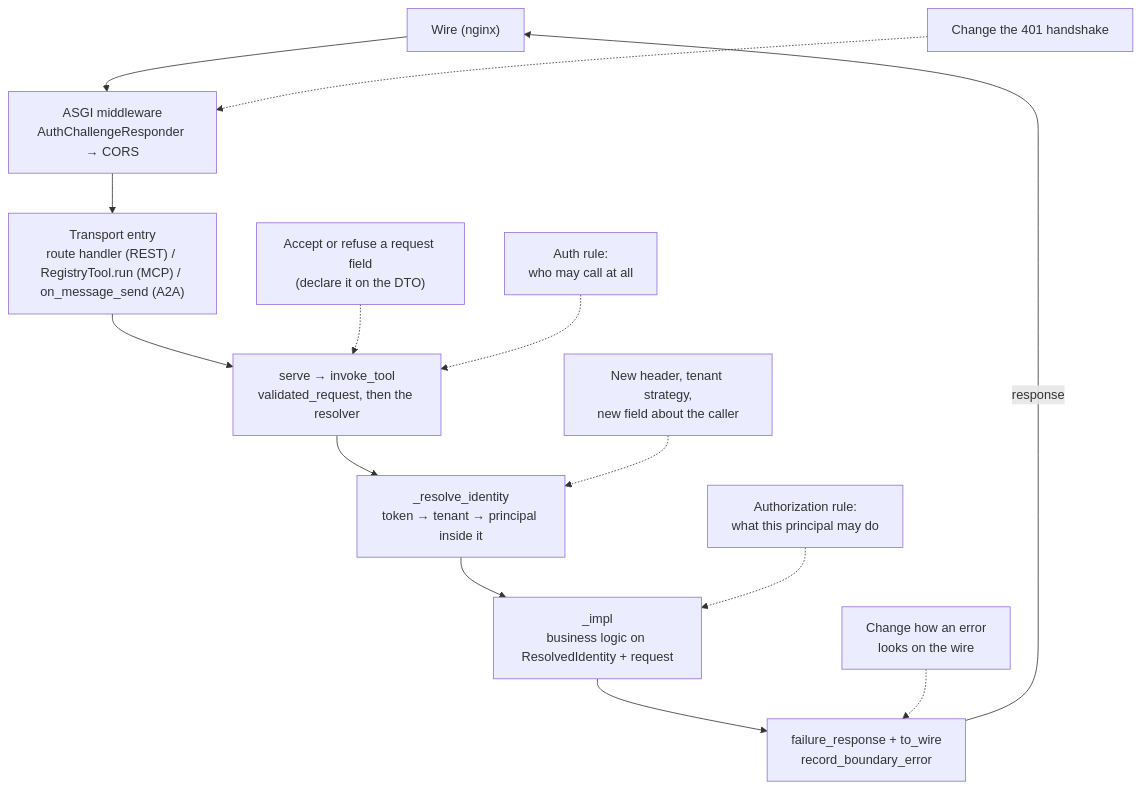
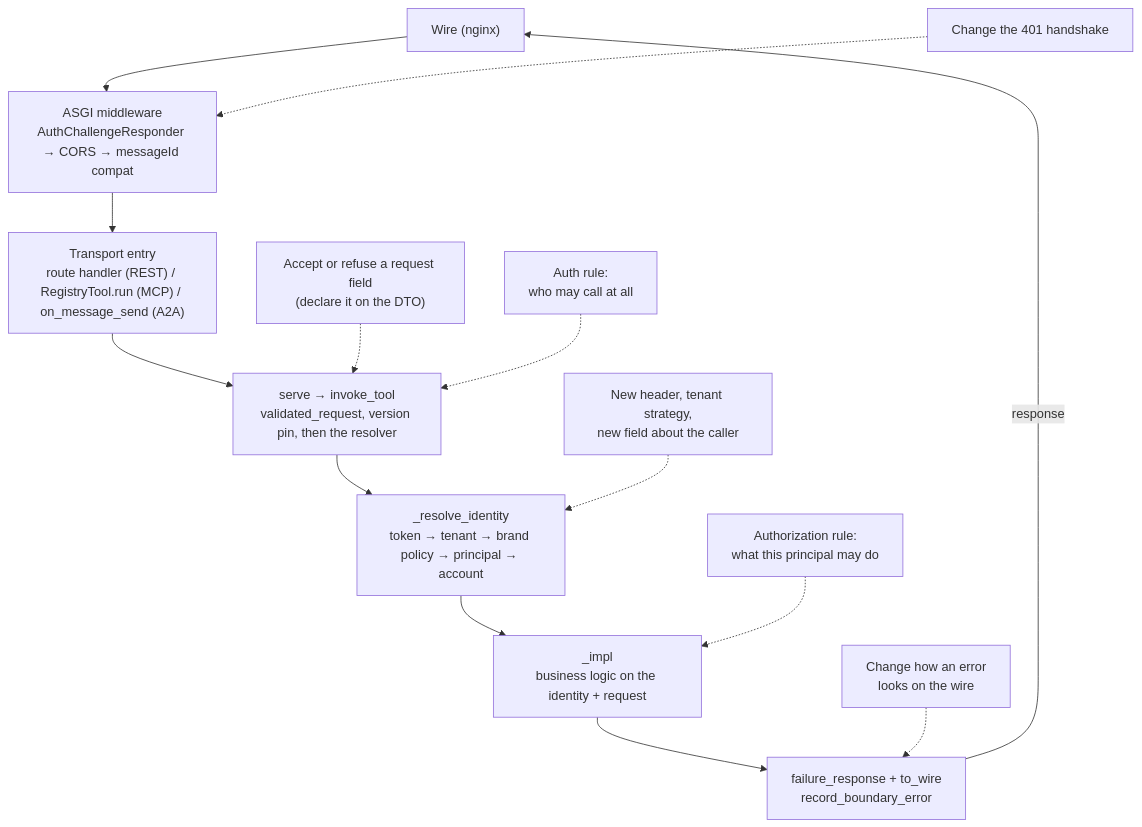
The fourth of 4 diagrams in docs/development/request-lifecycle.md (KonstantinMirin/prebid-salesagent), drawn with Mermaid before and after one commit. The commit also changed other lines of this file and 43 other files, not shown here.

First line of the commit message:
docs: rewrite the design documentation for the boundary architecture

````diff
--- a/docs/development/request-lifecycle.md
+++ b/docs/development/request-lifecycle.md
@@ -299,17 +672,17 @@
 ```mermaid
 flowchart TD
-    wire["Wire (nginx)"] --> mw["ASGI middleware\nAuthChallengeResponder → CORS"]
+    wire["Wire (nginx)"] --> mw["ASGI middleware\nAuthChallengeResponder → CORS → messageId compat"]
     mw --> transport["Transport entry\nroute handler (REST) / RegistryTool.run (MCP) / on_message_send (A2A)"]
-    transport --> boundary["serve → invoke_tool\nvalidated_request, then the resolver"]
-    boundary --> ident["_resolve_identity\ntoken → tenant → principal inside it"]
-    ident --> impl["_impl\nbusiness logic on ResolvedIdentity + request"]
+    transport --> boundary["serve → invoke_tool\nvalidated_request, version pin, then the resolver"]
+    boundary --> ident["_resolve_identity\ntoken → tenant → brand policy → principal → account"]
+    ident --> impl["_impl\nbusiness logic on the identity + request"]
     impl --> out["failure_response + to_wire\nrecord_boundary_error"]
     out -->|"response"| wire
 
     i1["Change the 401 handshake"] -.-> mw
     i2["Accept or refuse a request field\n(declare it on the DTO)"] -.-> boundary
     i3["Auth rule:\nwho may call at all"] -.-> boundary
     i4["New header, tenant strategy,\nnew field about the caller"] -.-> ident
     i5["Authorization rule:\nwhat this principal may do"] -.-> impl
     i6["Change how an error\nlooks on the wire"] -.-> out
 ```
````
